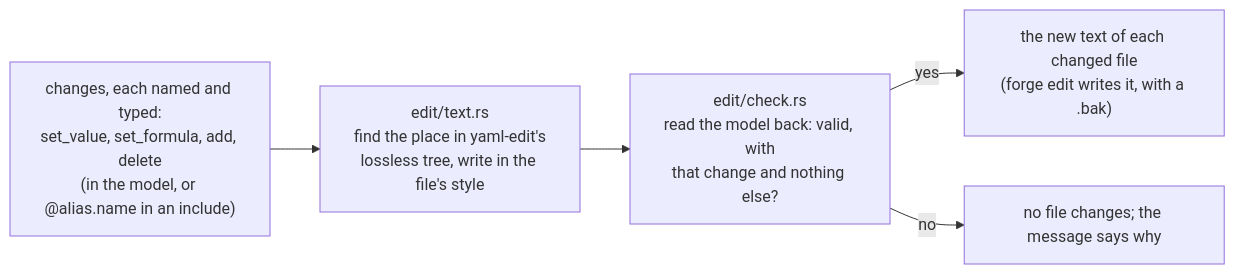
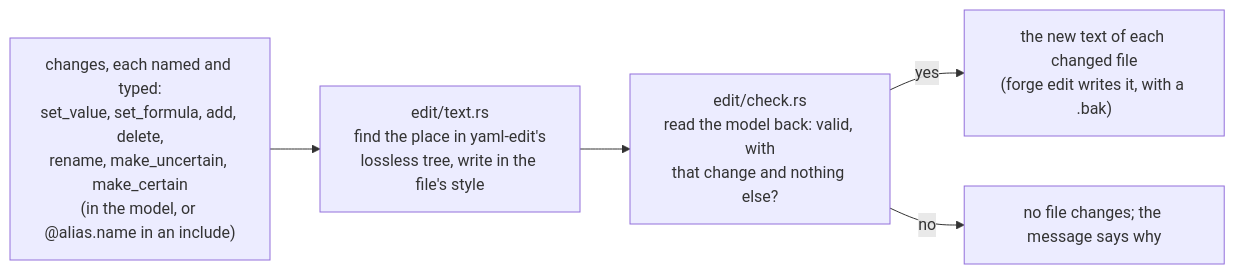
Before and after one commit to mollendorff-ai/forge: the fifth of 5 diagrams in docs/architecture/02-DATA-MODEL.md, drawn with Mermaid. The commit also changed other lines of this file and 5 other files, not shown here.

First line of the commit message:
Architecture pages: what changed in the code since their rewrite

````diff
--- a/docs/architecture/02-DATA-MODEL.md
+++ b/docs/architecture/02-DATA-MODEL.md
@@ -249,7 +249,7 @@
 ```mermaid
 flowchart LR
-    req["changes, each named and typed:<br/>set_value, set_formula, add, delete<br/>(in the model, or @alias.name in an include)"] --> text["edit/text.rs<br/>find the place in yaml-edit's<br/>lossless tree, write in the file's style"]
+    req["changes, each named and typed:<br/>set_value, set_formula, add, delete,<br/>rename, make_uncertain, make_certain<br/>(in the model, or @alias.name in an include)"] --> text["edit/text.rs<br/>find the place in yaml-edit's<br/>lossless tree, write in the file's style"]
     text --> check["edit/check.rs<br/>read the model back: valid, with<br/>that change and nothing else?"]
     check -- yes --> out["the new text of each changed file<br/>(forge edit writes it, with a .bak)"]
     check -- no --> none["no file changes; the message says why"]
 ```
````
